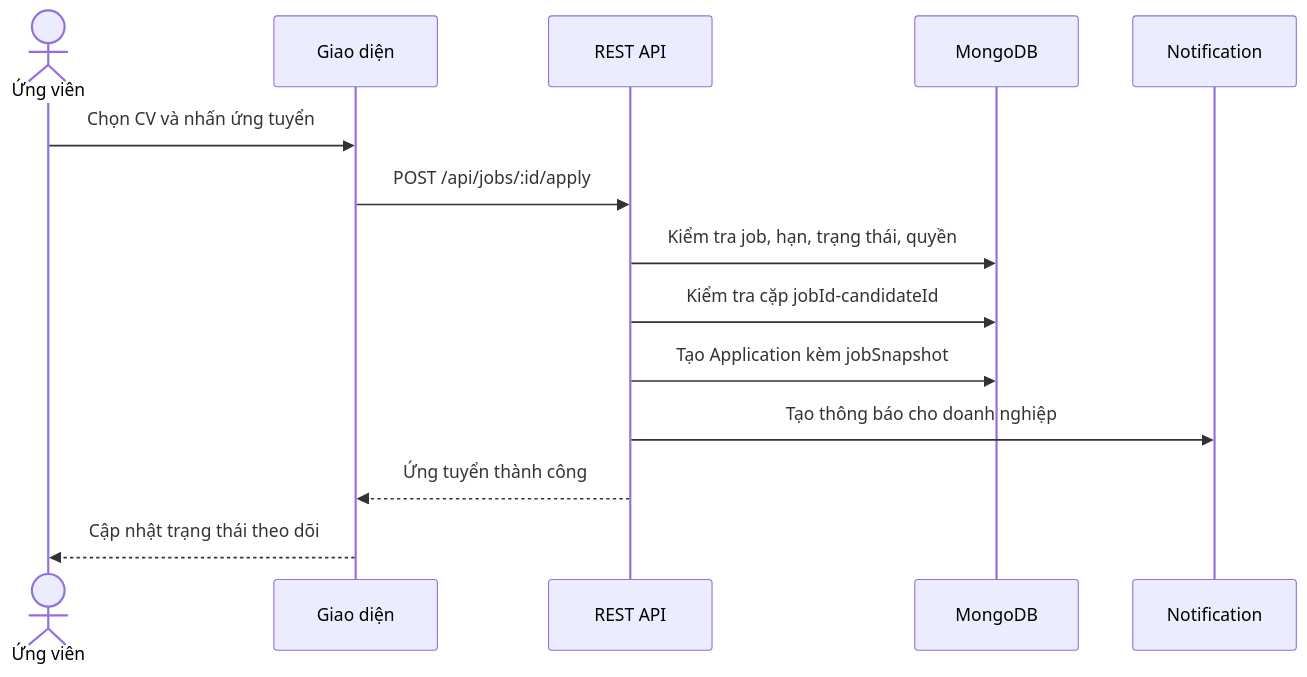
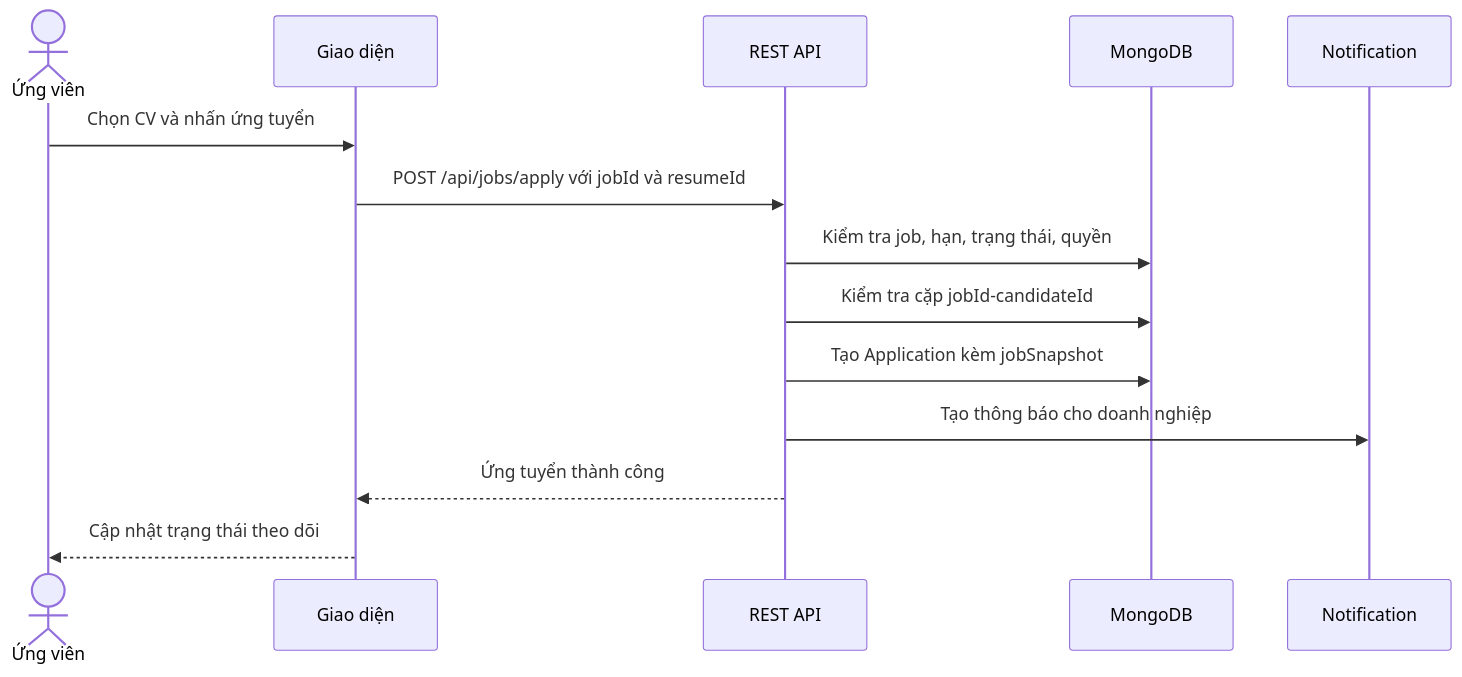
One commit to vinhvt619/DA2 changed the eighth of 12 diagrams in docs/bao-cao-do-an-rabbitcv.md. Above: the diagram before and after it, drawn with Mermaid. The commit also changed other lines of this file and 172 other files, not shown here.

````diff
--- a/docs/bao-cao-do-an-rabbitcv.md
+++ b/docs/bao-cao-do-an-rabbitcv.md
@@ -471,16 +600,16 @@
 ```mermaid
 sequenceDiagram
     actor C as Ứng viên
     participant UI as Giao diện
     participant API as REST API
     participant DB as MongoDB
     participant N as Notification
     C->>UI: Chọn CV và nhấn ứng tuyển
-    UI->>API: POST /api/jobs/:id/apply
+    UI->>API: POST /api/jobs/apply với jobId và resumeId
     API->>DB: Kiểm tra job, hạn, trạng thái, quyền
     API->>DB: Kiểm tra cặp jobId-candidateId
     API->>DB: Tạo Application kèm jobSnapshot
     API->>N: Tạo thông báo cho doanh nghiệp
     API-->>UI: Ứng tuyển thành công
     UI-->>C: Cập nhật trạng thái theo dõi
 ```
````
